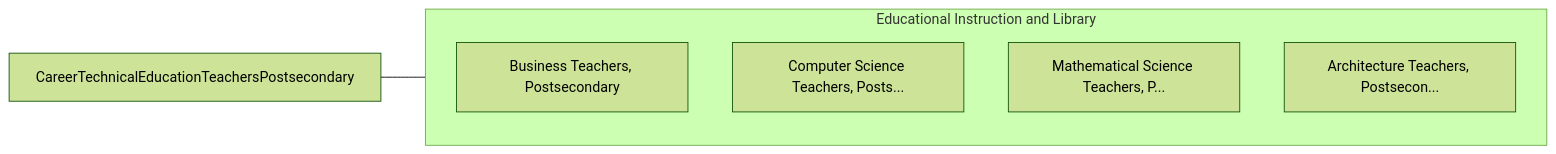
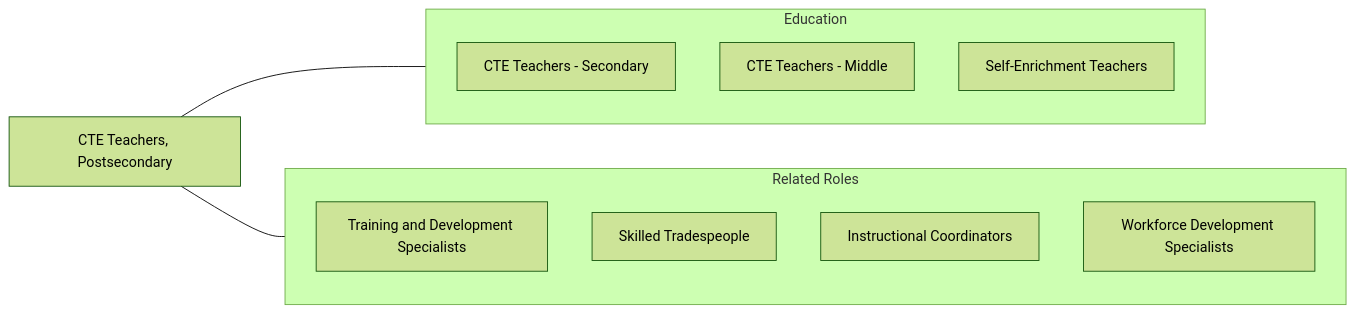
Before and after one commit to kziemski/business.org.ai: the fourth of 4 diagrams in occupations/Education/CareerTechnicalEducationTeachersPostsecondary.mdx, drawn with Mermaid (forest theme). The commit also changed other lines of this file and 938 other files, not shown here.

````diff
--- a/occupations/Education/CareerTechnicalEducationTeachersPostsecondary.mdx
+++ b/occupations/Education/CareerTechnicalEducationTeachersPostsecondary.mdx
@@ -115,13 +167,20 @@
 ```mermaid
 graph LR
-    Current["CareerTechnicalEducationTeachersPostsecondary"]
+    Current["CTE Teachers, Postsecondary"]
 
-    subgraph SameCategory["Educational Instruction and Library"]
-        BusinessTeachersPost["Business Teachers, Postsecondary"]
-        ComputerScienceTeach["Computer Science Teachers, Posts..."]
-        MathematicalScienceT["Mathematical Science Teachers, P..."]
-        ArchitectureTeachers["Architecture Teachers, Postsecon..."]
+    subgraph SameCategory["Education"]
+        CTESecondary["CTE Teachers - Secondary"]
+        CTEMiddle["CTE Teachers - Middle"]
+        SelfEnrich["Self-Enrichment Teachers"]
+    end
+
+    subgraph CrossFunctional["Related Roles"]
+        TrainDev["Training and Development Specialists"]
+        Tradespeople["Skilled Tradespeople"]
+        IC["Instructional Coordinators"]
+        WFDev["Workforce Development Specialists"]
     end
 
     Current --- SameCategory
+    Current --- CrossFunctional
 ```
````
